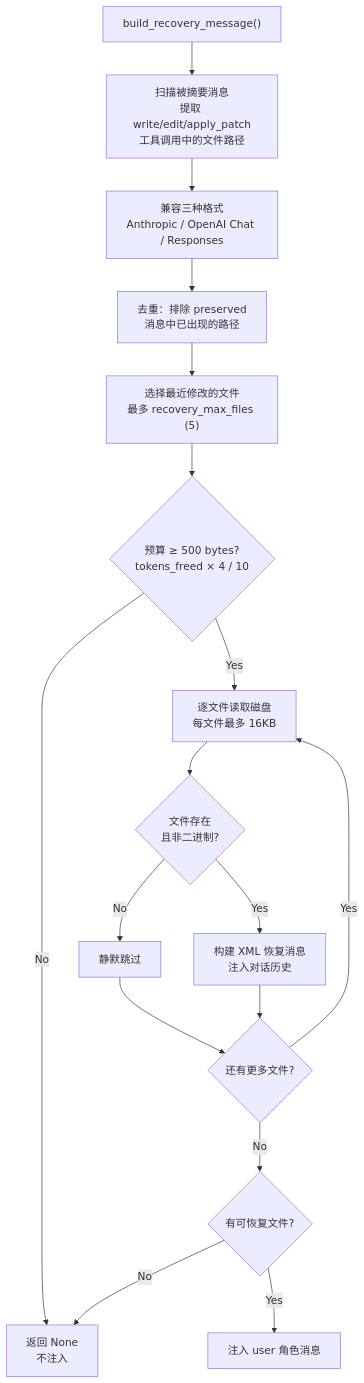
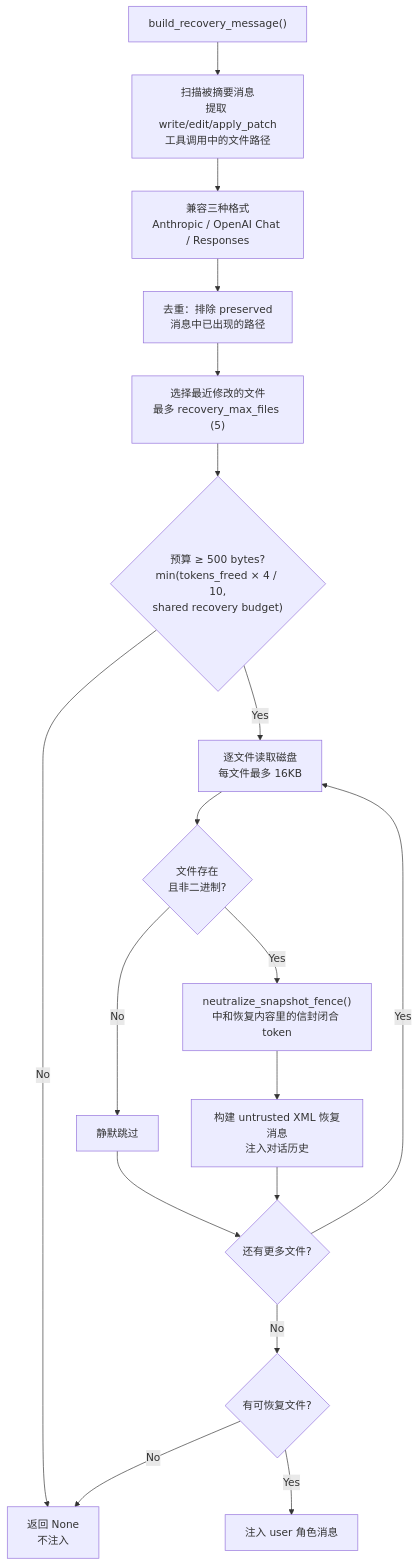
One commit to zhukai9527/hope-agent changed the third of 3 diagrams in docs/architecture/context-compact.md. Above: the diagram before and after it, drawn with Mermaid. The commit also changed other lines of this file and 11 other files, not shown here.

Commit message:
docs: refresh context compaction architecture

````diff
--- a/docs/architecture/context-compact.md
+++ b/docs/architecture/context-compact.md
@@ -198,19 +232,20 @@
 ```mermaid
 flowchart TD
     Start["build_recovery_message()"] --> Scan["扫描被摘要消息<br/>提取 write/edit/apply_patch<br/>工具调用中的文件路径"]
     Scan --> Compat["兼容三种格式<br/>Anthropic / OpenAI Chat / Responses"]
     Compat --> Dedup["去重：排除 preserved<br/>消息中已出现的路径"]
     Dedup --> Select["选择最近修改的文件<br/>最多 recovery_max_files (5)"]
-    Select --> Budget{"预算 ≥ 500 bytes?<br/>tokens_freed × 4 / 10"}
+    Select --> Budget{"预算 ≥ 500 bytes?<br/>min(tokens_freed × 4 / 10,<br/>shared recovery budget)"}
     Budget -- No --> None["返回 None<br/>不注入"]
     Budget -- Yes --> ReadDisk["逐文件读取磁盘<br/>每文件最多 16KB"]
     ReadDisk --> CheckFile{"文件存在<br/>且非二进制?"}
     CheckFile -- No --> SkipFile["静默跳过"]
-    CheckFile -- Yes --> Inject["构建 XML 恢复消息<br/>注入对话历史"]
+    CheckFile -- Yes --> Fence["neutralize_snapshot_fence()<br/>中和恢复内容里的信封闭合 token"]
+    Fence --> Inject["构建 untrusted XML 恢复消息<br/>注入对话历史"]
     SkipFile --> CheckMore{"还有更多文件?"}
     CheckMore -- Yes --> ReadDisk
     CheckMore -- No --> FinalCheck
     Inject --> CheckMore
     FinalCheck{"有可恢复文件?"} -- Yes --> Return["注入 user 角色消息"]
     FinalCheck -- No --> None
 ```
````
